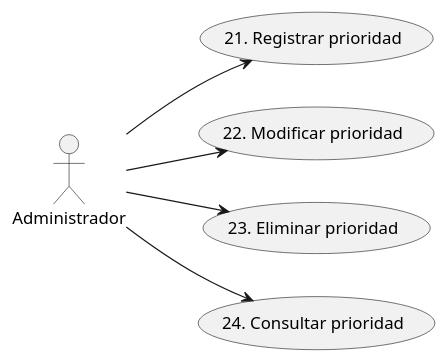
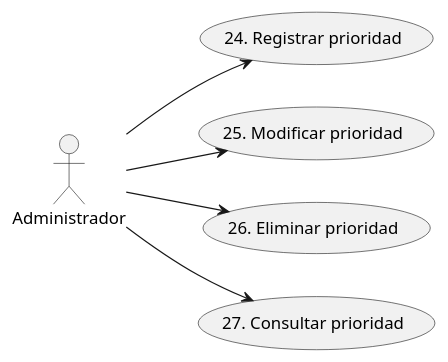
Before and after one commit to ciggyx/Task_Flow: the fifth of 8 diagrams in Modelado/DiagramasCU.plantuml, drawn with PlantUML. The commit also changed other lines of this file and 9 other files, not shown here.

Commit message:
chore(diagrama-cu): actualizado los cu

```diff
--- a/Modelado/DiagramasCU.plantuml
+++ b/Modelado/DiagramasCU.plantuml
@@ -53,8 +61,8 @@
-@startuml CU_Gestion_Prioridad
+@startuml CU_Administración_Prioridad
 left to right direction
 actor :Administrador: as A
-A --> (21. Registrar prioridad)
-A --> (22. Modificar prioridad)
-A --> (23. Eliminar prioridad)
-A --> (24. Consultar prioridad)
+A --> (24. Registrar prioridad)
+A --> (25. Modificar prioridad)
+A --> (26. Eliminar prioridad)
+A --> (27. Consultar prioridad)
 @enduml
```
